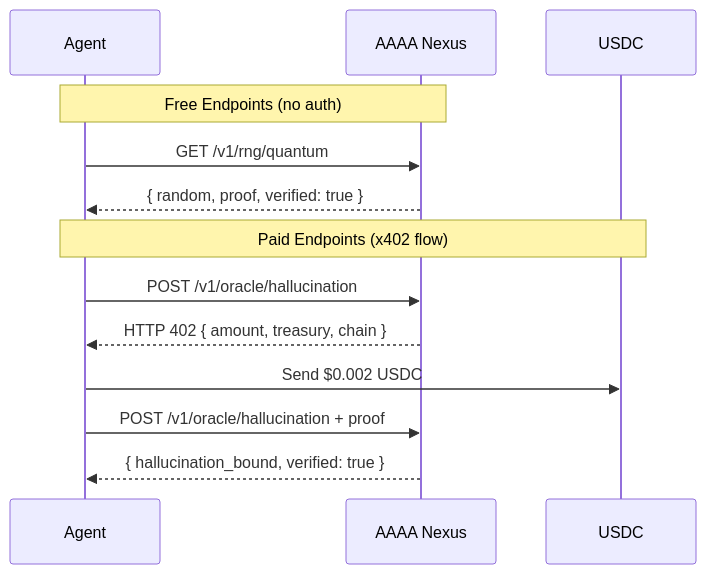
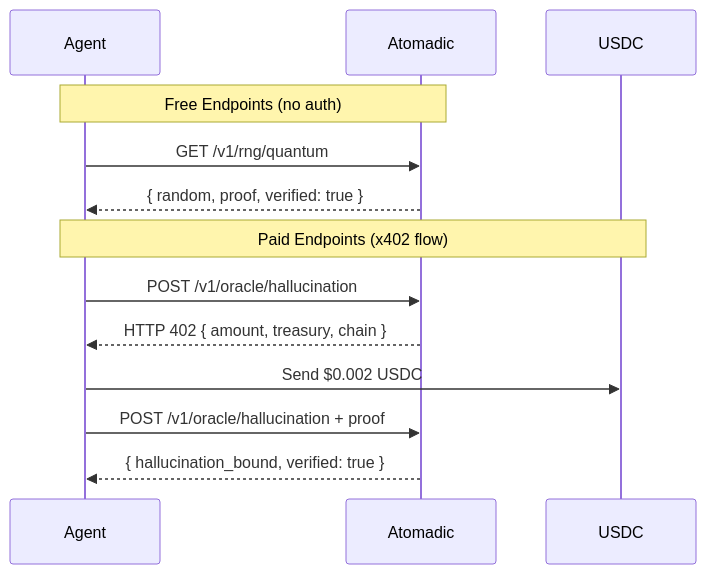
One commit to atomadictech/aaaa-nexus changed the first of 2 diagrams in README.md. Above: the diagram before and after it, drawn with Mermaid. The commit also changed other lines of this file and 25 other files, not shown here.

````diff
--- a/README.md
+++ b/README.md
@@ -94,17 +94,17 @@
 ```mermaid
 sequenceDiagram
     participant Agent
-    participant AAAA Nexus
+    participant Atomadic
     participant USDC
 
-    Note over Agent,AAAA Nexus: Free Endpoints (no auth)
-    Agent->>AAAA Nexus: GET /v1/rng/quantum
-    AAAA Nexus-->>Agent: { random, proof, verified: true }
+    Note over Agent,Atomadic: Free Endpoints (no auth)
+    Agent->>Atomadic: GET /v1/rng/quantum
+    Atomadic-->>Agent: { random, proof, verified: true }
 
     Note over Agent,USDC: Paid Endpoints (x402 flow)
-    Agent->>AAAA Nexus: POST /v1/oracle/hallucination
-    AAAA Nexus-->>Agent: HTTP 402 { amount, treasury, chain }
+    Agent->>Atomadic: POST /v1/oracle/hallucination
+    Atomadic-->>Agent: HTTP 402 { amount, treasury, chain }
     Agent->>USDC: Send $0.002 USDC
-    Agent->>AAAA Nexus: POST /v1/oracle/hallucination + proof
-    AAAA Nexus-->>Agent: { hallucination_bound, verified: true }
+    Agent->>Atomadic: POST /v1/oracle/hallucination + proof
+    Atomadic-->>Agent: { hallucination_bound, verified: true }
 ```
````
